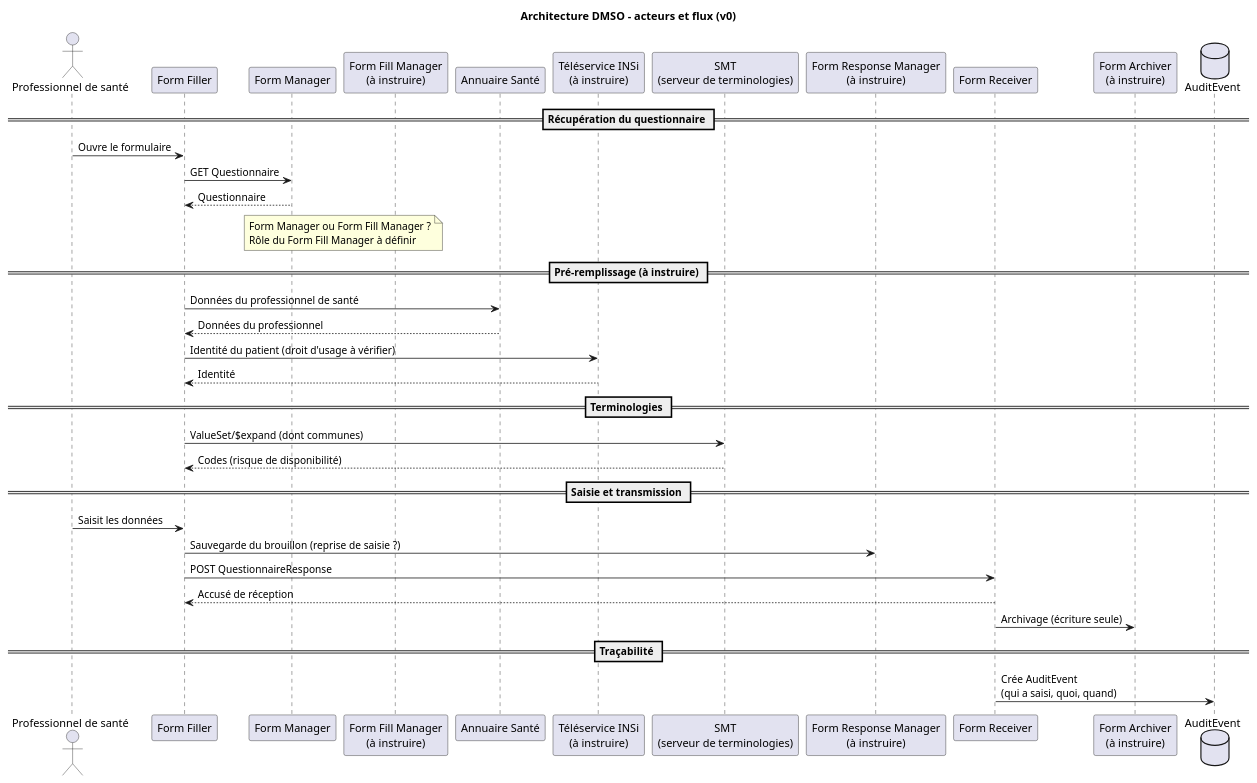
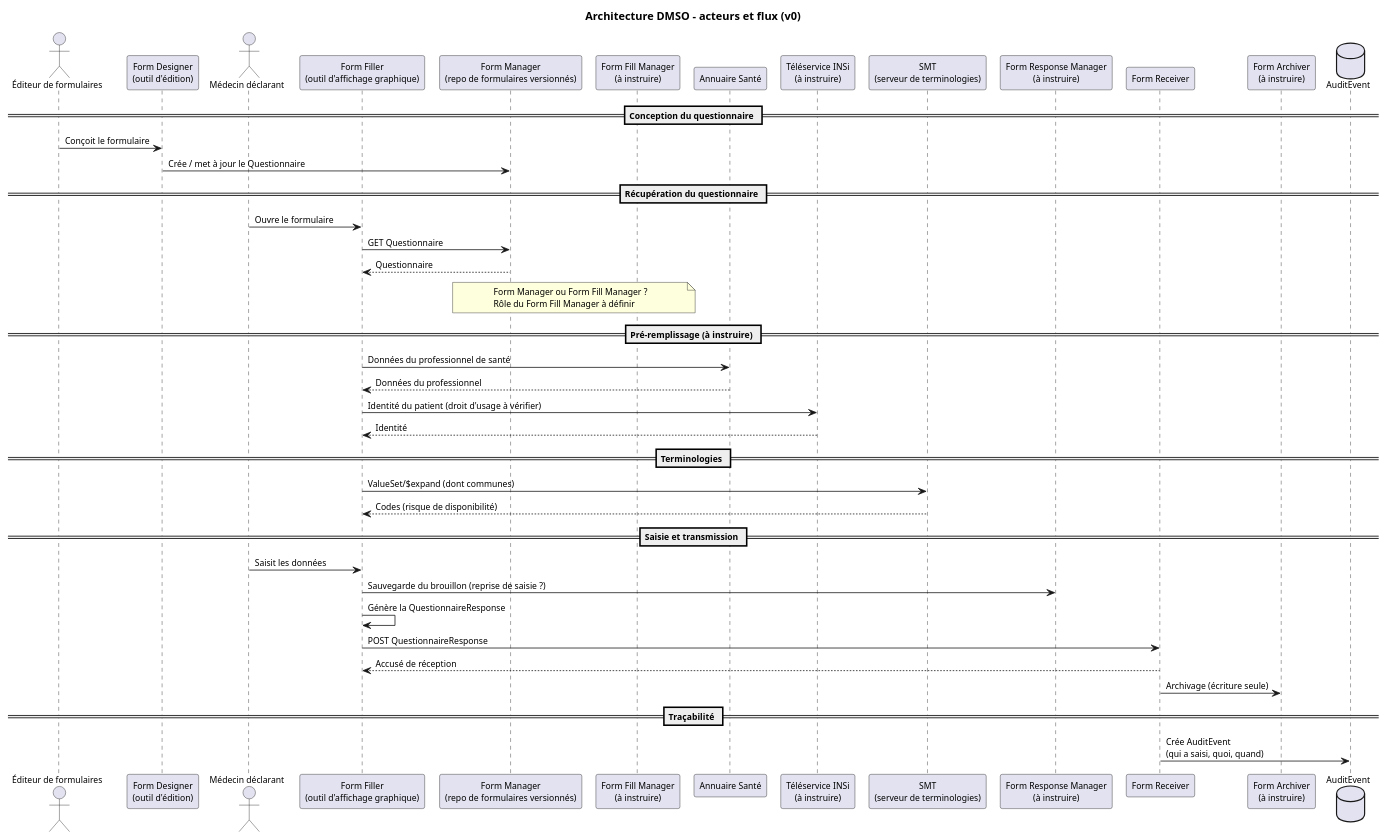
The diagram in input/images-source/architecture-flux.plantuml (nriss/ig-test-dmso), drawn with PlantUML before and after one commit. The commit also changed 1 other file, not shown here.

Commit message:
Architecture : personas, systèmes d'information, Form Designer, risque d'autocomplétion et correction du débordement du diagramme

```diff
--- a/input/images-source/architecture-flux.plantuml
+++ b/input/images-source/architecture-flux.plantuml
@@ -1,42 +1,51 @@
 @startuml
 ' Version 0 - à améliorer
+skinparam ParticipantPadding 4
+skinparam defaultFontSize 11
 title Architecture DMSO - acteurs et flux (v0)
 
-actor "Professionnel de santé" as PS
-participant "Form Filler" as FF
-participant "Form Manager" as FM
+actor "Éditeur de formulaires" as ED
+participant "Form Designer\n(outil d'édition)" as FD
+actor "Médecin déclarant" as PS
+participant "Form Filler\n(outil d'affichage graphique)" as FF
+participant "Form Manager\n(repo de formulaires versionnés)" as FM
 participant "Form Fill Manager\n(à instruire)" as FFM
 participant "Annuaire Santé" as ANN
 participant "Téléservice INSi\n(à instruire)" as INSI
 participant "SMT\n(serveur de terminologies)" as SMT
 participant "Form Response Manager\n(à instruire)" as FRM
 participant "Form Receiver" as FR
 participant "Form Archiver\n(à instruire)" as FA
 database "AuditEvent" as AUD
+
+== Conception du questionnaire ==
+ED -> FD : Conçoit le formulaire
+FD -> FM : Crée / met à jour le Questionnaire
 
 == Récupération du questionnaire ==
 PS -> FF : Ouvre le formulaire
 FF -> FM : GET Questionnaire
 FM --> FF : Questionnaire
 note over FM, FFM : Form Manager ou Form Fill Manager ?\nRôle du Form Fill Manager à définir
 
 == Pré-remplissage (à instruire) ==
 FF -> ANN : Données du professionnel de santé
 ANN --> FF : Données du professionnel
 FF -> INSI : Identité du patient (droit d'usage à vérifier)
 INSI --> FF : Identité
 
 == Terminologies ==
 FF -> SMT : ValueSet/$expand (dont communes)
 SMT --> FF : Codes (risque de disponibilité)
 
 == Saisie et transmission ==
 PS -> FF : Saisit les données
 FF -> FRM : Sauvegarde du brouillon (reprise de saisie ?)
+FF -> FF : Génère la QuestionnaireResponse
 FF -> FR : POST QuestionnaireResponse
 FR --> FF : Accusé de réception
 FR -> FA : Archivage (écriture seule)
 
 == Traçabilité ==
 FR -> AUD : Crée AuditEvent\n(qui a saisi, quoi, quand)
 @enduml
```
